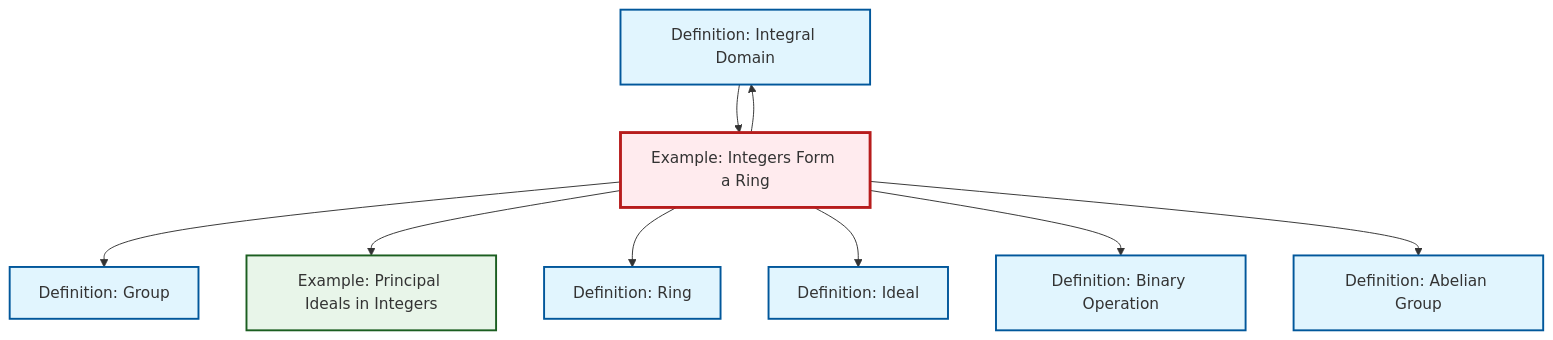
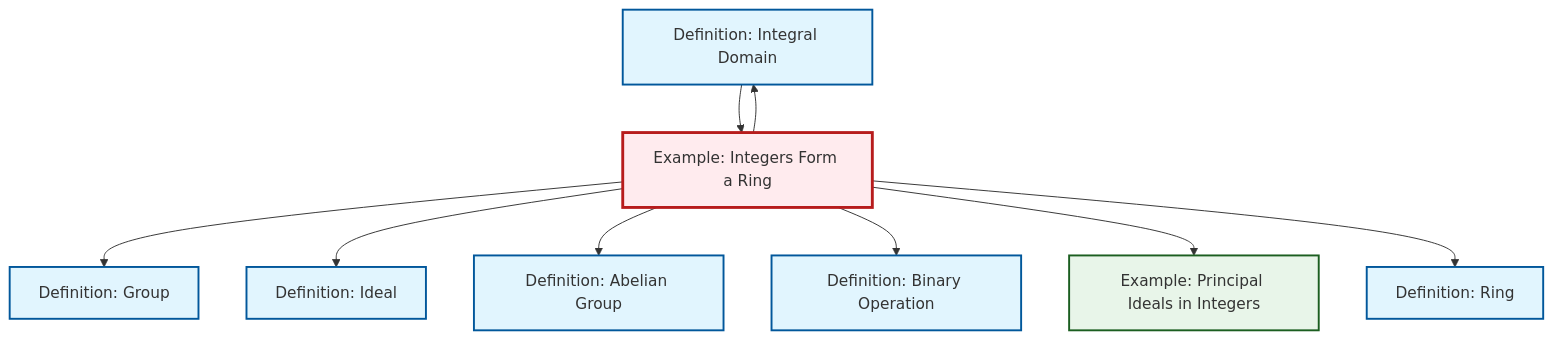
Before and after one commit to RK0429/ModernMath: the diagram in content/en/algebra/ex-integers-ring.qmd, drawn with Mermaid. The commit also changed other lines of this file and 328 other files, not shown here.

````diff
--- a/content/en/algebra/ex-integers-ring.qmd
+++ b/content/en/algebra/ex-integers-ring.qmd
@@ -61,33 +62,33 @@
 ```{mermaid}
 %%| fig-cap: "Local dependency graph"
 graph TD
     classDef definition fill:#e1f5fe,stroke:#01579b,stroke-width:2px
     classDef theorem fill:#f3e5f5,stroke:#4a148c,stroke-width:2px
     classDef axiom fill:#fff3e0,stroke:#e65100,stroke-width:2px
     classDef example fill:#e8f5e9,stroke:#1b5e20,stroke-width:2px
     classDef current fill:#ffebee,stroke:#b71c1c,stroke-width:3px
-    def-binary-operation["Definition: Binary Operation"]:::definition
     def-integral-domain["Definition: Integral Domain"]:::definition
     def-ideal["Definition: Ideal"]:::definition
+    ex-integers-ring["Example: Integers Form a Ring"]:::example
     def-ring["Definition: Ring"]:::definition
+    def-abelian-group["Definition: Abelian Group"]:::definition
     def-group["Definition: Group"]:::definition
+    def-binary-operation["Definition: Binary Operation"]:::definition
     ex-principal-ideal["Example: Principal Ideals in Integers"]:::example
-    ex-integers-ring["Example: Integers Form a Ring"]:::example
-    def-abelian-group["Definition: Abelian Group"]:::definition
     ex-integers-ring --> def-group
+    ex-integers-ring --> def-integral-domain
+    ex-integers-ring --> def-ideal
+    def-integral-domain --> ex-integers-ring
+    ex-integers-ring --> def-abelian-group
+    ex-integers-ring --> def-binary-operation
     ex-integers-ring --> ex-principal-ideal
     ex-integers-ring --> def-ring
-    def-integral-domain --> ex-integers-ring
-    ex-integers-ring --> def-integral-domain
-    ex-integers-ring --> def-ideal
-    ex-integers-ring --> def-binary-operation
-    ex-integers-ring --> def-abelian-group
     class ex-integers-ring current
-    click def-binary-operation "def-binary-operation.html" "Go to Binary Operation definition"
     click def-integral-domain "def-integral-domain.html" "Go to Integral Domain definition"
     click def-ideal "def-ideal.html" "Go to Ideal definition"
     click def-ring "def-ring.html" "Go to Ring definition"
+    click def-abelian-group "def-abelian-group.html" "Go to Abelian Group definition"
     click def-group "def-group.html" "Go to Group definition"
+    click def-binary-operation "def-binary-operation.html" "Go to Binary Operation definition"
     click ex-principal-ideal "ex-principal-ideal.html" "Go to Principal Ideals in Integers example"
-    click def-abelian-group "def-abelian-group.html" "Go to Abelian Group definition"
 ```
````
